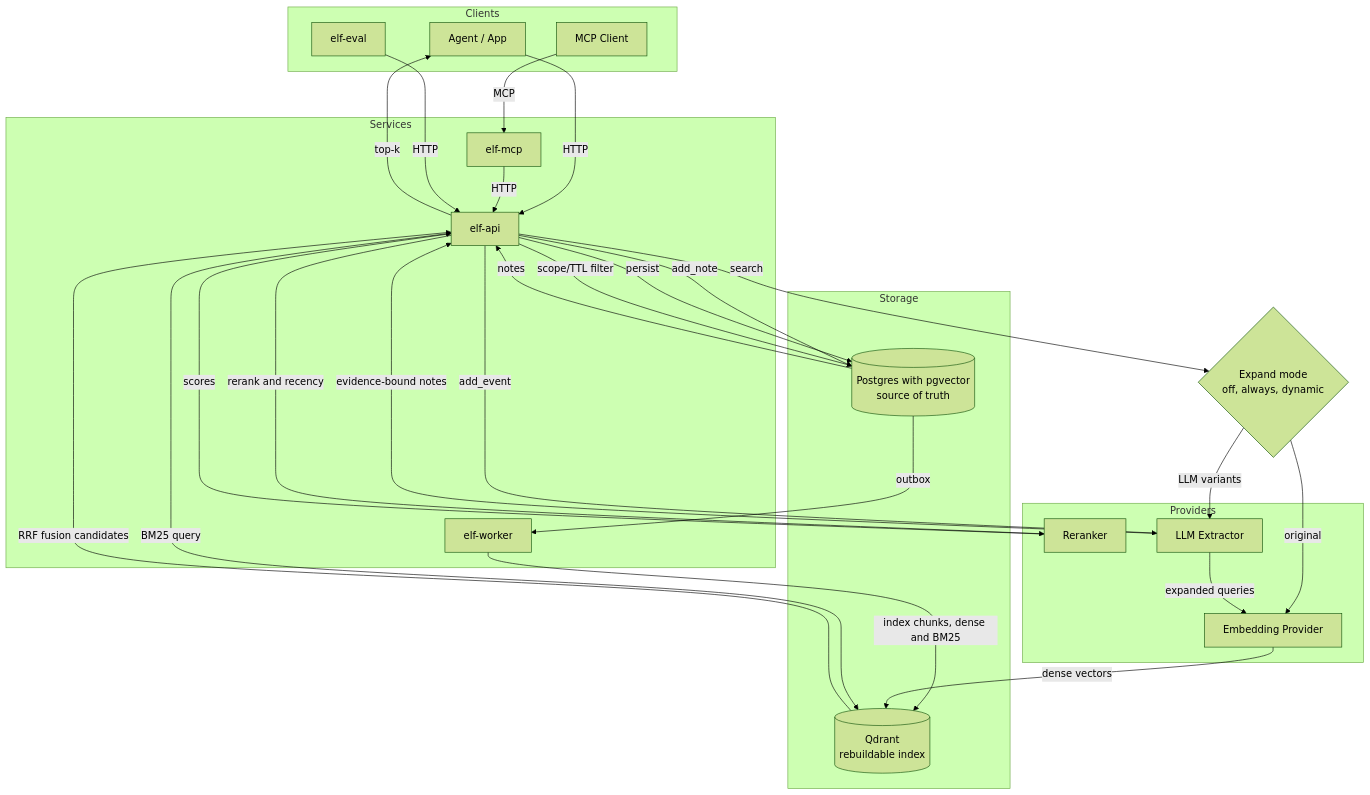
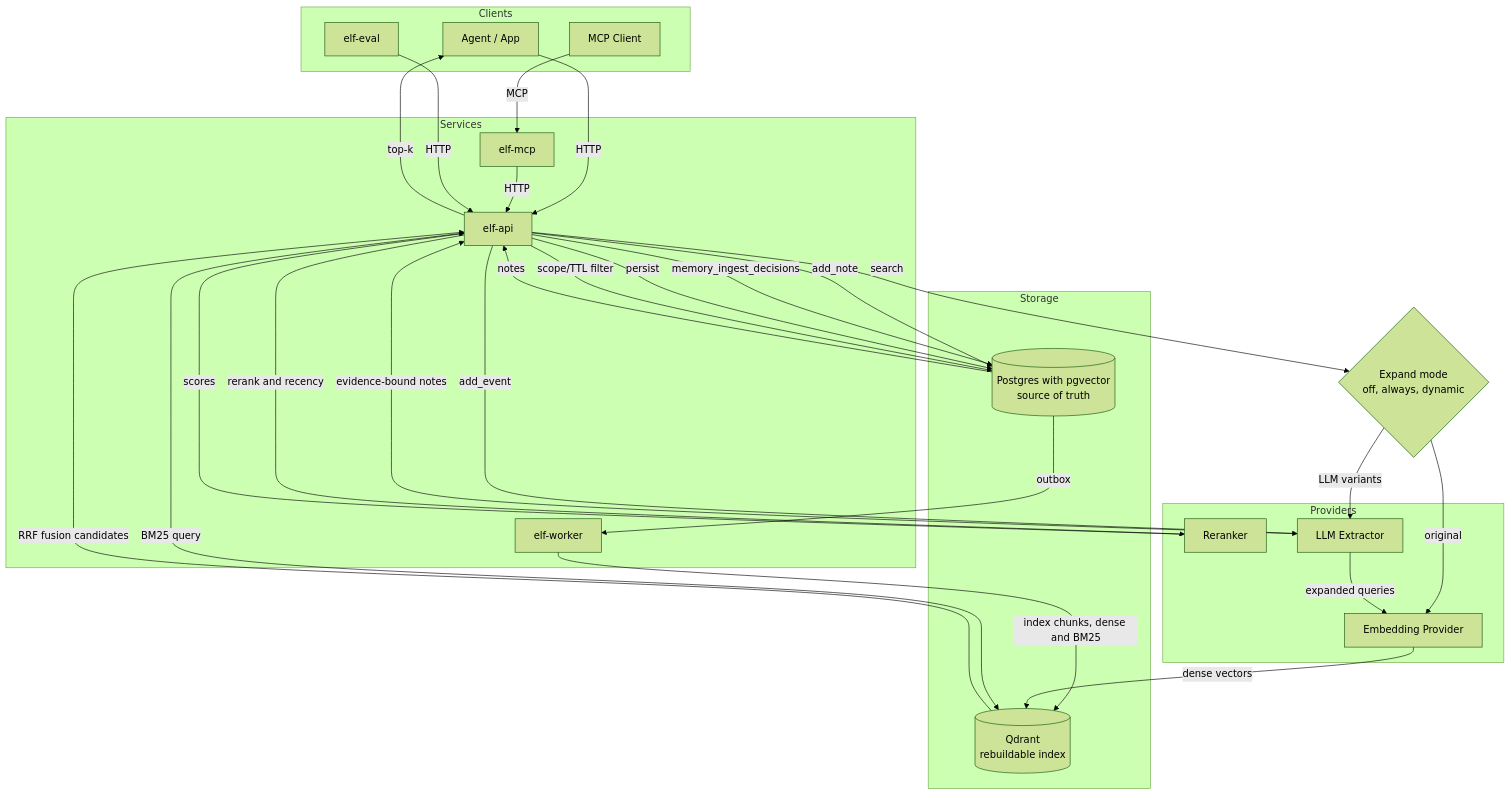
The diagram in README.md (hack-ink/ELF), drawn with Mermaid (forest theme) before and after one commit. The commit also changed other lines of this file and 27 other files, not shown here.

````diff
--- a/README.md
+++ b/README.md
@@ -56,50 +56,51 @@
 ```mermaid
 flowchart TB
   subgraph Clients
     Agent[Agent / App]
     MCPClient[MCP Client]
     Eval[elf-eval]
   end
 
   subgraph Services
     API[elf-api]
     MCP[elf-mcp]
     Worker[elf-worker]
   end
 
   subgraph Storage
     PG[(Postgres with pgvector<br/>source of truth)]
     Qdrant[(Qdrant<br/>rebuildable index)]
   end
 
   subgraph Providers
     Embed[Embedding Provider]
     Rerank[Reranker]
     Extractor[LLM Extractor]
   end
 
   Agent -->|HTTP| API
   MCPClient -->|MCP| MCP
   MCP -->|HTTP| API
   Eval -->|HTTP| API
 
   API -->|add_note| PG
+  API -->|memory_ingest_decisions| PG
   API -->|add_event| Extractor
   Extractor -->|evidence-bound notes| API
   API -->|persist| PG
   PG -->|outbox| Worker
   Worker -->|index chunks, dense and BM25| Qdrant
 
   API -->|search| Expand{Expand mode<br/>off, always, dynamic}
   Expand -->|original| Embed
   Expand -->|LLM variants| Extractor
   Extractor -->|expanded queries| Embed
   Embed -->|dense vectors| Qdrant
   API -->|BM25 query| Qdrant
   Qdrant -->|RRF fusion candidates| API
   API -->|scope/TTL filter| PG
   PG -->|notes| API
   API -->|rerank and recency| Rerank
   Rerank -->|scores| API
   API -->|top-k| Agent
 ```
````
